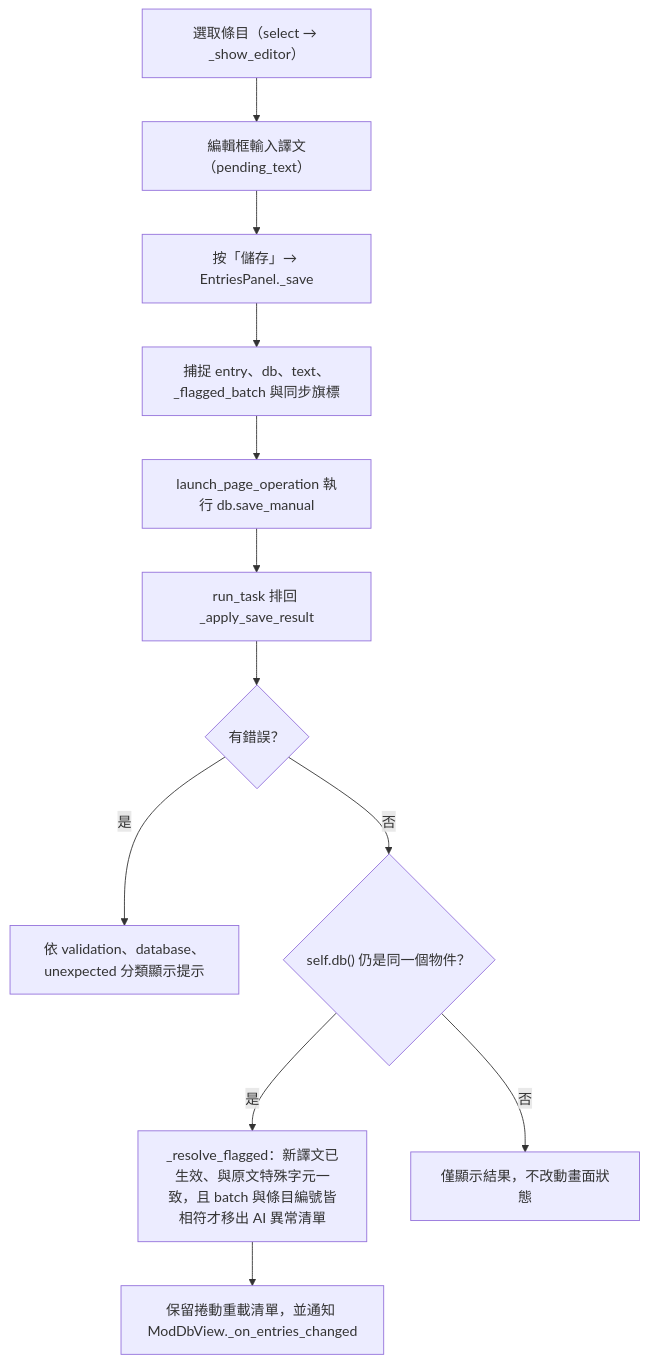
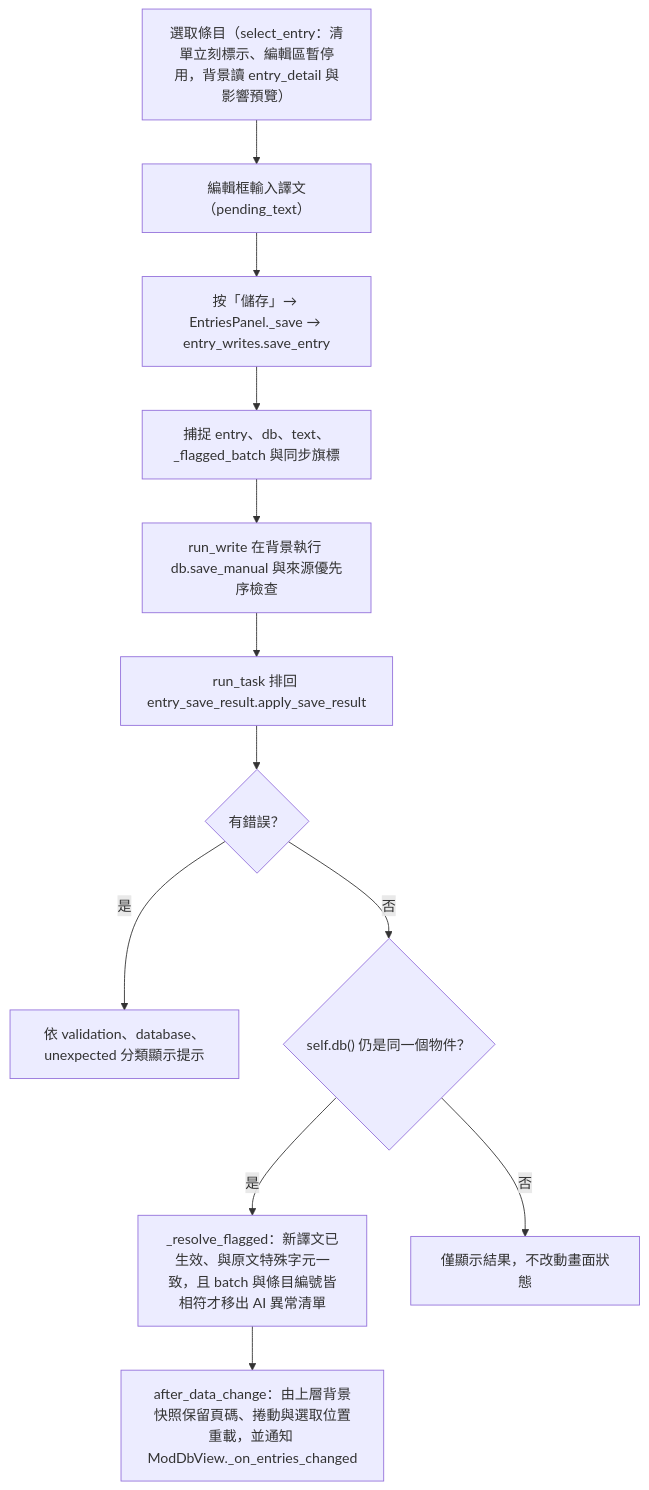
The third of 8 diagrams in docs/page_flows/moddb.md (jlin53882/Minecraft-translate), drawn with Mermaid before and after one commit. The commit also changed other lines of this file and 251 other files, not shown here.

First line of the commit message:
perf: 85 萬筆 Mod 資料庫與 2000 模組的效能修正、圖示準確度、替換規則清理、預覽與執行 KPI 一致化 (#217)

````diff
--- a/docs/page_flows/moddb.md
+++ b/docs/page_flows/moddb.md
@@ -71,14 +75,14 @@
 ```mermaid
 flowchart TD
-    A["選取條目（select → _show_editor）"] --> B["編輯框輸入譯文（pending_text）"]
-    B --> C["按「儲存」→ EntriesPanel._save"]
+    A["選取條目（select_entry：清單立刻標示、編輯區暫停用，背景讀 entry_detail 與影響預覽）"] --> B["編輯框輸入譯文（pending_text）"]
+    B --> C["按「儲存」→ EntriesPanel._save → entry_writes.save_entry"]
     C --> D["捕捉 entry、db、text、_flagged_batch 與同步旗標"]
-    D --> E["launch_page_operation 執行 db.save_manual"]
-    E --> F["run_task 排回 _apply_save_result"]
+    D --> E["run_write 在背景執行 db.save_manual 與來源優先序檢查"]
+    E --> F["run_task 排回 entry_save_result.apply_save_result"]
     F --> G{"有錯誤？"}
     G -- 是 --> H["依 validation、database、unexpected 分類顯示提示"]
     G -- 否 --> I{"self.db() 仍是同一個物件？"}
     I -- 是 --> J["_resolve_flagged：新譯文已生效、與原文特殊字元一致，且 batch 與條目編號皆相符才移出 AI 異常清單"]
-    J --> K["保留捲動重載清單，並通知 ModDbView._on_entries_changed"]
+    J --> K["after_data_change：由上層背景快照保留頁碼、捲動與選取位置重載，並通知 ModDbView._on_entries_changed"]
     I -- 否 --> L["僅顯示結果，不改動畫面狀態"]
 ```
````
